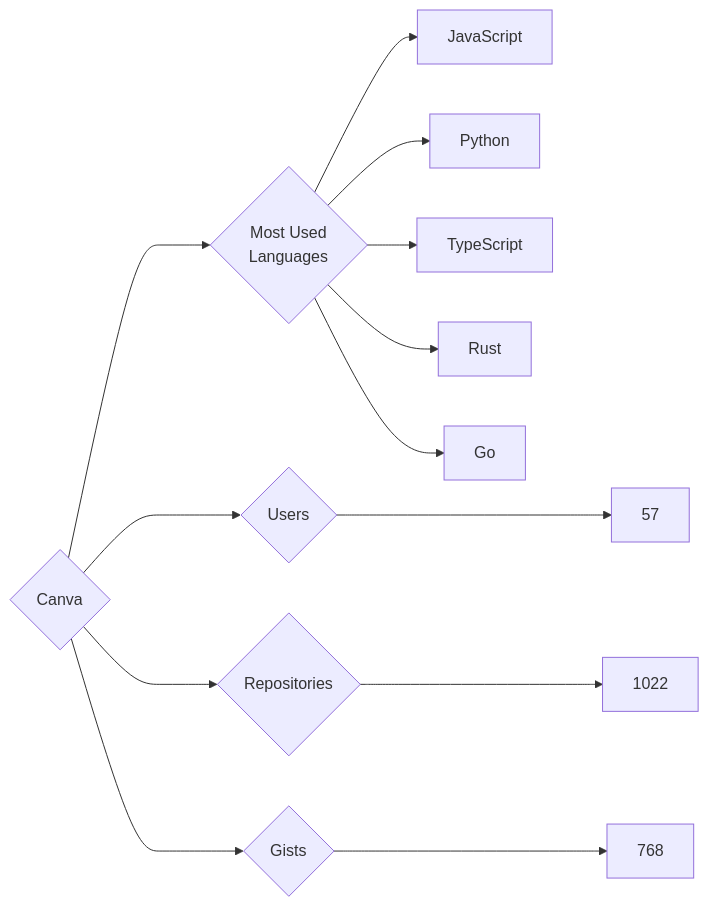
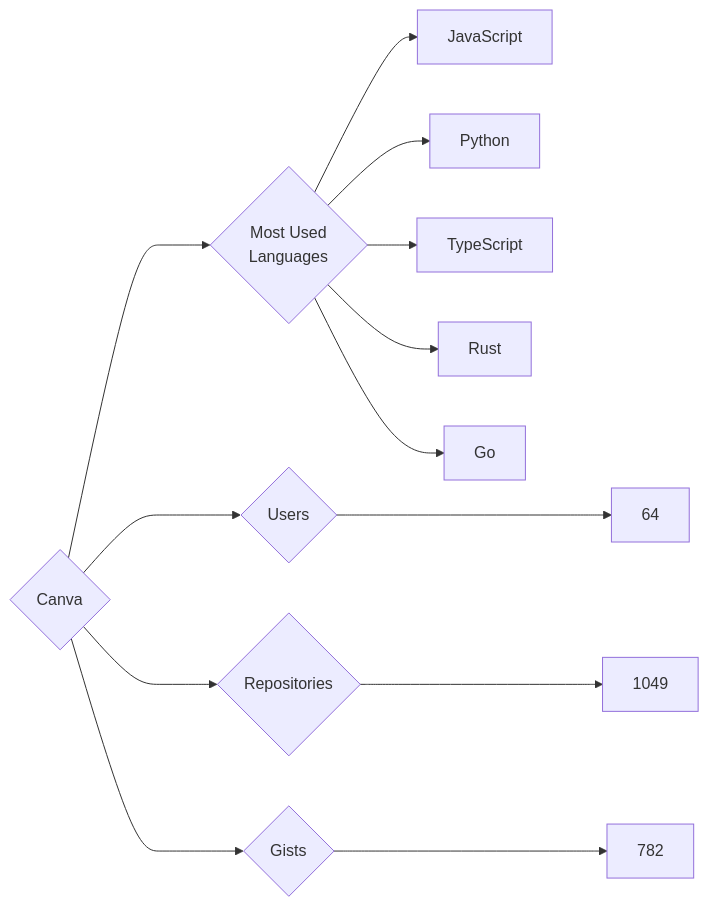
One commit to trickest/insiders changed the diagram in targets/Canva/README.md. Above: the diagram before and after it, drawn with Mermaid. The commit also changed 888 other files, not shown here.

````diff
--- a/targets/Canva/README.md
+++ b/targets/Canva/README.md
@@ -3,13 +3,13 @@
 ```mermaid
 graph LR
 COMPANY_NAME{Canva}
-COMPANY_NAME ---> U{Users} ---> UN[57]
-COMPANY_NAME ---> R{Repositories} ---> RN[1022]
-COMPANY_NAME ---> G{Gists} ---> GN[768]
+COMPANY_NAME ---> U{Users} ---> UN[64]
+COMPANY_NAME ---> R{Repositories} ---> RN[1049]
+COMPANY_NAME ---> G{Gists} ---> GN[782]
 COMPANY_NAME ---> ML{Most Used<br>Languages}
 ML --> JavaScript[JavaScript]
 ML --> Python[Python]
 ML --> TypeScript[TypeScript]
 ML --> Rust[Rust]
 ML --> Go[Go]
 ```
````
